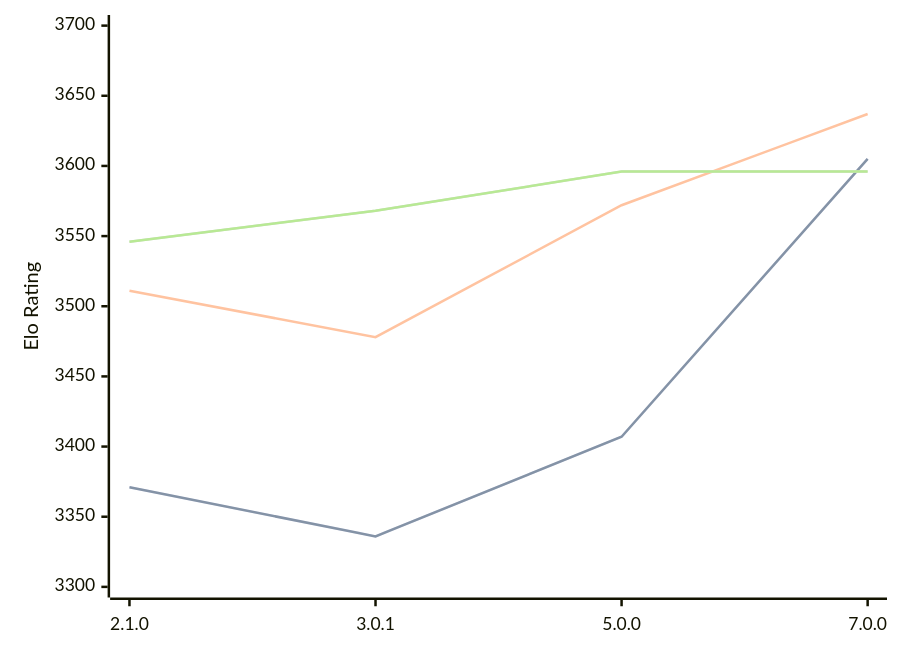
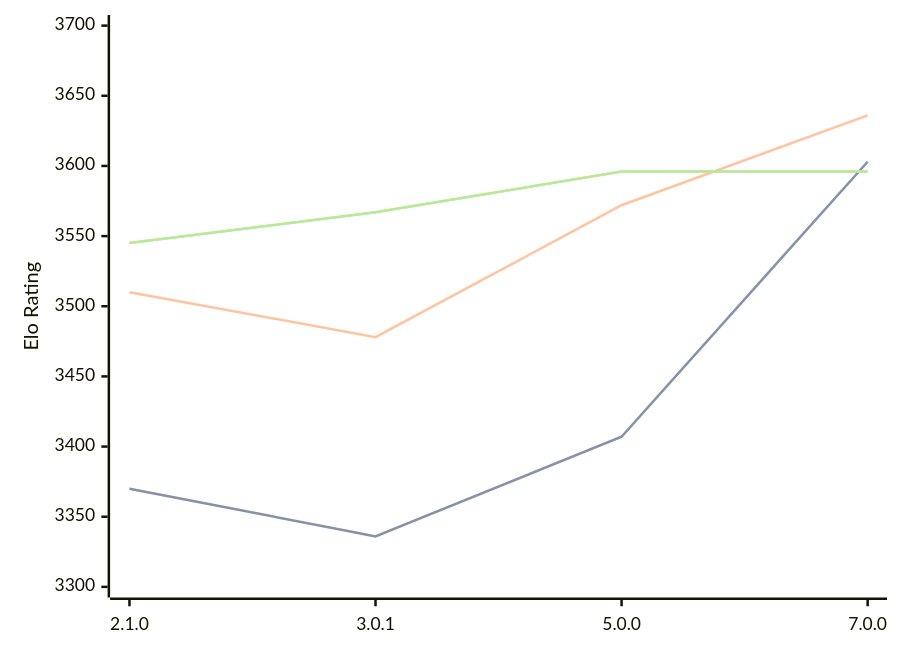
The diagram in engines/PlentyChess.md (computer-chess-index/cci), drawn with Mermaid before and after one commit. The commit also changed other lines of this file, not shown here.

Commit message:
Update CCI Ratings (ELO VLTC) - 2026-03-04

````diff
--- a/engines/PlentyChess.md
+++ b/engines/PlentyChess.md
@@ -43,11 +43,11 @@
 ```mermaid
 %%{init: {"theme":"base","themeVariables":{"seriesColors:['#a3a3a3','#222221','#faa371']}}}%%
 xychart-beta
   x-axis ["2.1.0", "3.0.1", "5.0.0", "7.0.0"]
   y-axis "Elo Rating" 3300 --> 3700
-  line "STC (8.0+0.08s)" [3371, 3336, 3407, 3605]
-  line "STC (8.0+0.08s)" [3371, 3336, 3407, 3605]
-  line "LTC (60.0+0.60s)" [3511, 3478, 3572, 3637]
-  line "VLTC (2m24s+1.12s)" [3546, 3568, 3596, 3596]
-  line "VLTC (2m24s+1.12s)" [3546, 3568, 3596, 3596]
+  line "STC (8.0+0.08s)" [3370, 3336, 3407, 3603]
+  line "STC (8.0+0.08s)" [3370, 3336, 3407, 3603]
+  line "LTC (60.0+0.60s)" [3510, 3478, 3572, 3636]
+  line "VLTC (2m24s+1.12s)" [3545, 3567, 3596, 3596]
+  line "VLTC (2m24s+1.12s)" [3545, 3567, 3596, 3596]
 ```
````
